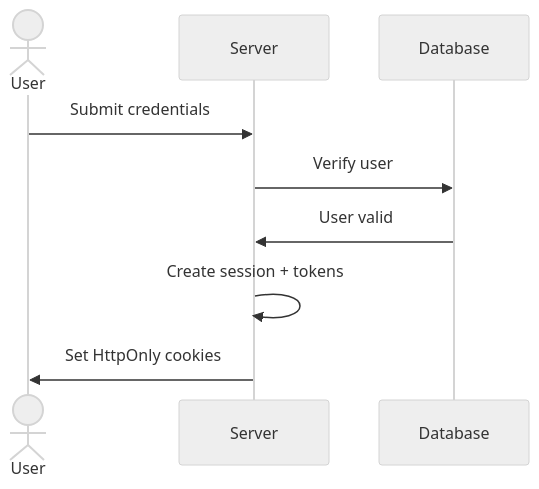
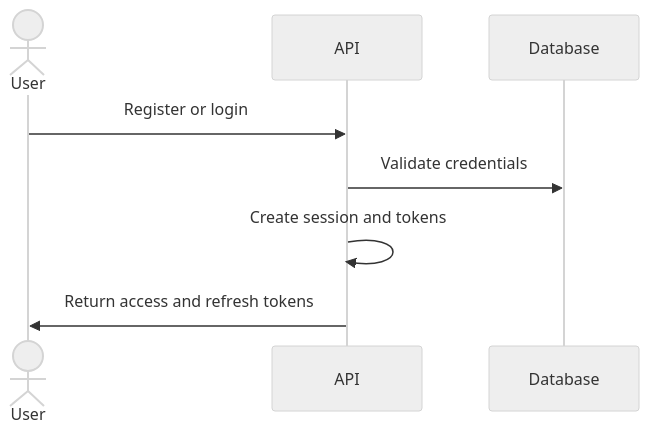
One commit to obed-smart/Huddle changed the second of 4 diagrams in server/README.md. Above: the diagram before and after it, drawn with Mermaid (neutral theme). The commit also changed other lines of this file, not shown here.

````diff
--- a/server/README.md
+++ b/server/README.md
@@ -47,12 +44,11 @@
 ```mermaid
 sequenceDiagram
-  actor User
-  participant Server
-  participant Database
+    actor User
+    participant API
+    participant DB as Database
 
-  User->>Server: Submit credentials
-  Server->>Database: Verify user
-  Database->>Server: User valid
-  Server->>Server: Create session + tokens
-  Server->>User: Set HttpOnly cookies
+    User->>API: Register or login
+    API->>DB: Validate credentials
+    API->>API: Create session and tokens
+    API->>User: Return access and refresh tokens
 ```
````
